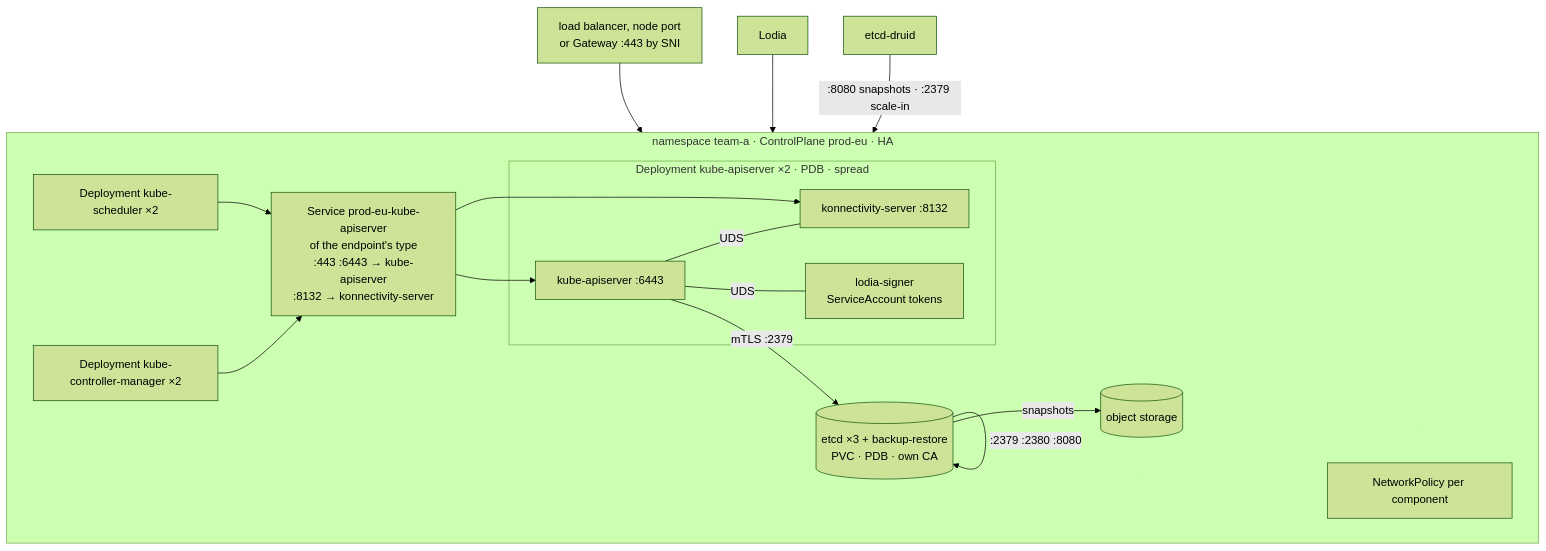
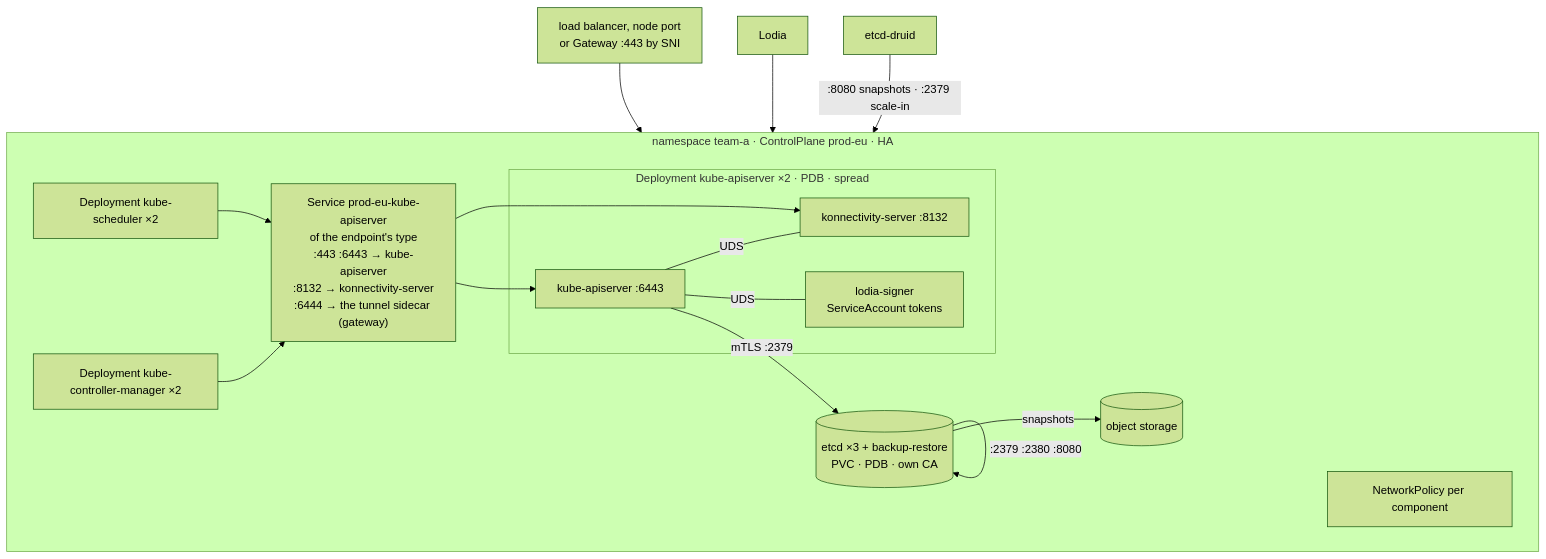
The third of 7 diagrams in docs/README.md (lodia-io/lodia), drawn with Mermaid (forest theme) before and after one commit. The commit also changed other lines of this file and 44 other files, not shown here.

````diff
--- a/docs/README.md
+++ b/docs/README.md
@@ -115,24 +117,24 @@
 ```mermaid
 flowchart TB
   subgraph ns["namespace team-a · ControlPlane prod-eu · HA"]
     direction LR
     subgraph kas["Deployment kube-apiserver ×2 · PDB · spread"]
       a["kube-apiserver :6443"] ---|UDS| k["konnectivity-server :8132"]
       a ---|UDS| sg["lodia-signer<br/>ServiceAccount tokens"]
     end
     kcm["Deployment kube-controller-manager ×2"]
     sch["Deployment kube-scheduler ×2"]
     etcd[("etcd ×3 + backup-restore<br/>PVC · PDB · own CA")]
-    svc["Service prod-eu-kube-apiserver<br/>of the endpoint's type<br/>:443 :6443 → kube-apiserver<br/>:8132 → konnectivity-server"]
+    svc["Service prod-eu-kube-apiserver<br/>of the endpoint's type<br/>:443 :6443 → kube-apiserver<br/>:8132 → konnectivity-server<br/>:6444 → the tunnel sidecar (gateway)"]
     np["NetworkPolicy per component"]
     kcm --> svc --> a
     sch --> svc
     svc --> k
     a -->|mTLS :2379| etcd
     etcd -->|":2379 :2380 :8080"| etcd
     etcd -->|snapshots| s3[(object storage)]
   end
   ep["load balancer, node port<br/>or Gateway :443 by SNI"] --> svc
   op["Lodia"] --> svc
   druid["etcd-druid"] -->|":8080 snapshots · :2379 scale-in"| etcd
 ```
````
